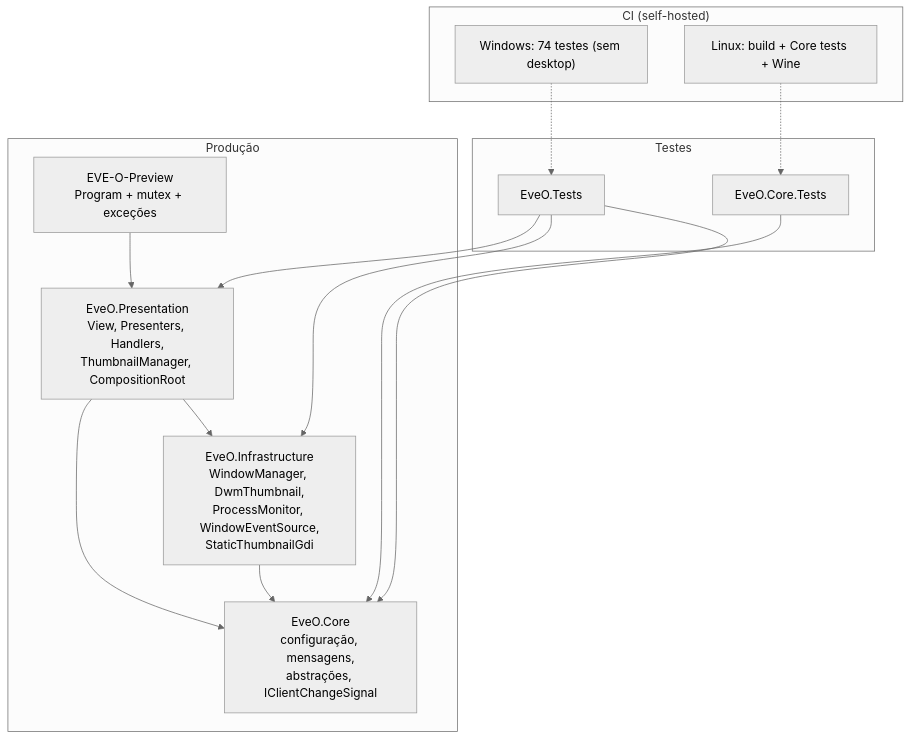
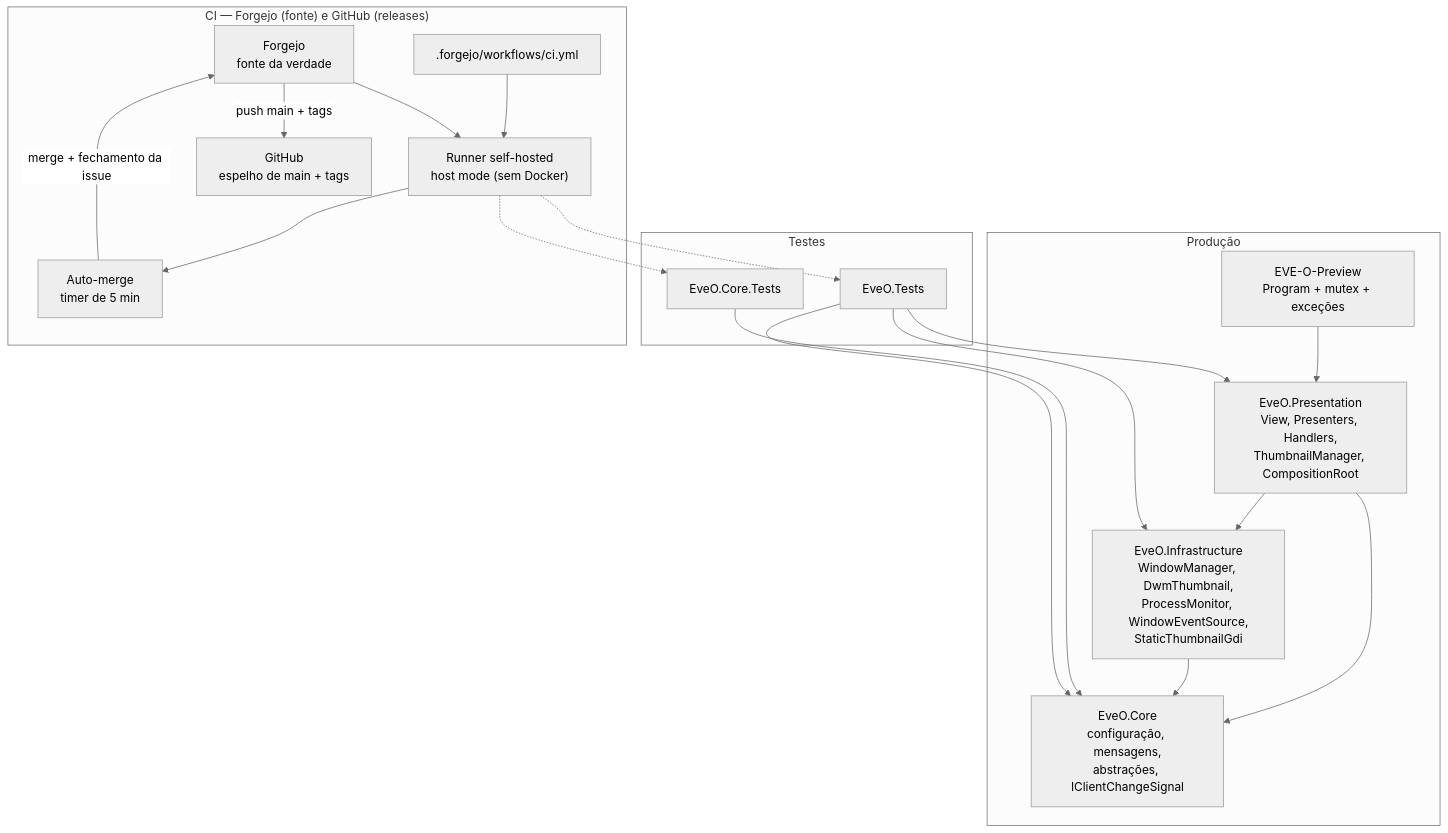
One commit to Psykolic/eve-o-psy changed the second of 5 diagrams in docs/audits/architecture-c4.md. Above: the diagram before and after it, drawn with Mermaid (neutral theme). The commit also changed other lines of this file, not shown here.

Commit message:
docs(2.7): C4 com Forgejo como fonte e GitHub como espelho de release

````diff
--- a/docs/audits/architecture-c4.md
+++ b/docs/audits/architecture-c4.md
@@ -50,32 +52,41 @@
 ```mermaid
 flowchart TB
     subgraph PROD["Produção"]
         EXE["EVE-O-Preview<br/>Program + mutex + exceções"]
         PRES["EveO.Presentation<br/>View, Presenters, Handlers,<br/>ThumbnailManager, CompositionRoot"]
         INFRA["EveO.Infrastructure<br/>WindowManager, DwmThumbnail,<br/>ProcessMonitor, WindowEventSource,<br/>StaticThumbnailGdi"]
         CORE["EveO.Core<br/>configuração, mensagens,<br/>abstrações, IClientChangeSignal"]
     end
 
     subgraph TESTS["Testes"]
         T1["EveO.Core.Tests"]
         T2["EveO.Tests"]
     end
 
-    subgraph CI["CI (self-hosted)"]
-        LINUX["Linux: build + Core tests + Wine"]
-        WIN["Windows: 74 testes (sem desktop)"]
+    subgraph CI["CI — Forgejo (fonte) e GitHub (releases)"]
+        FJ["Forgejo<br/>fonte da verdade"]
+        RUN["Runner self-hosted<br/>host mode (sem Docker)"]
+        WF[".forgejo/workflows/ci.yml"]
+        AM["Auto-merge<br/>timer de 5 min"]
+        GH["GitHub<br/>espelho de main + tags"]
+
+        WF --> RUN
+        FJ --> RUN
+        RUN --> AM
+        AM -->|merge + fechamento da issue| FJ
+        FJ -->|push main + tags| GH
     end
 
     EXE --> PRES
     PRES --> INFRA
     PRES --> CORE
     INFRA --> CORE
 
     T1 --> CORE
     T2 --> PRES
     T2 --> INFRA
     T2 --> CORE
 
-    LINUX -.-> T1
-    WIN -.-> T2
+    RUN -.-> T1
+    RUN -.-> T2
 ```
````
